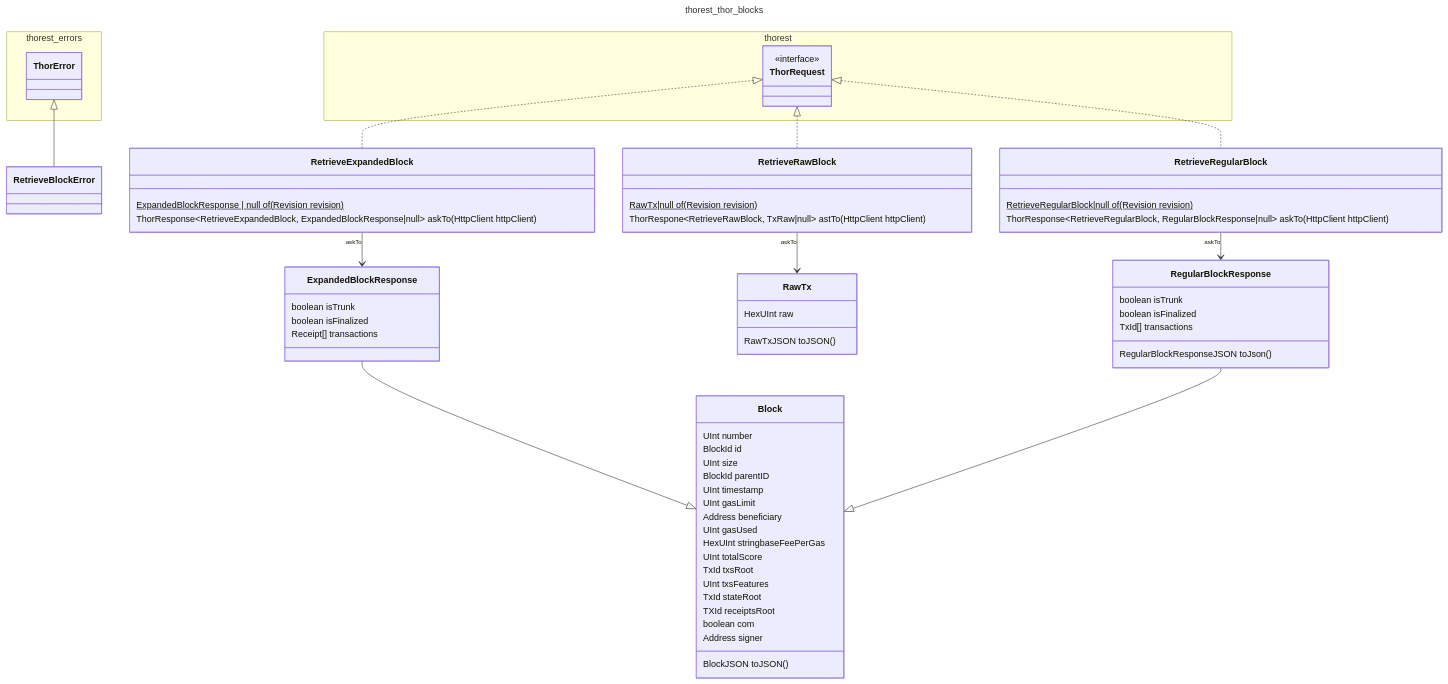
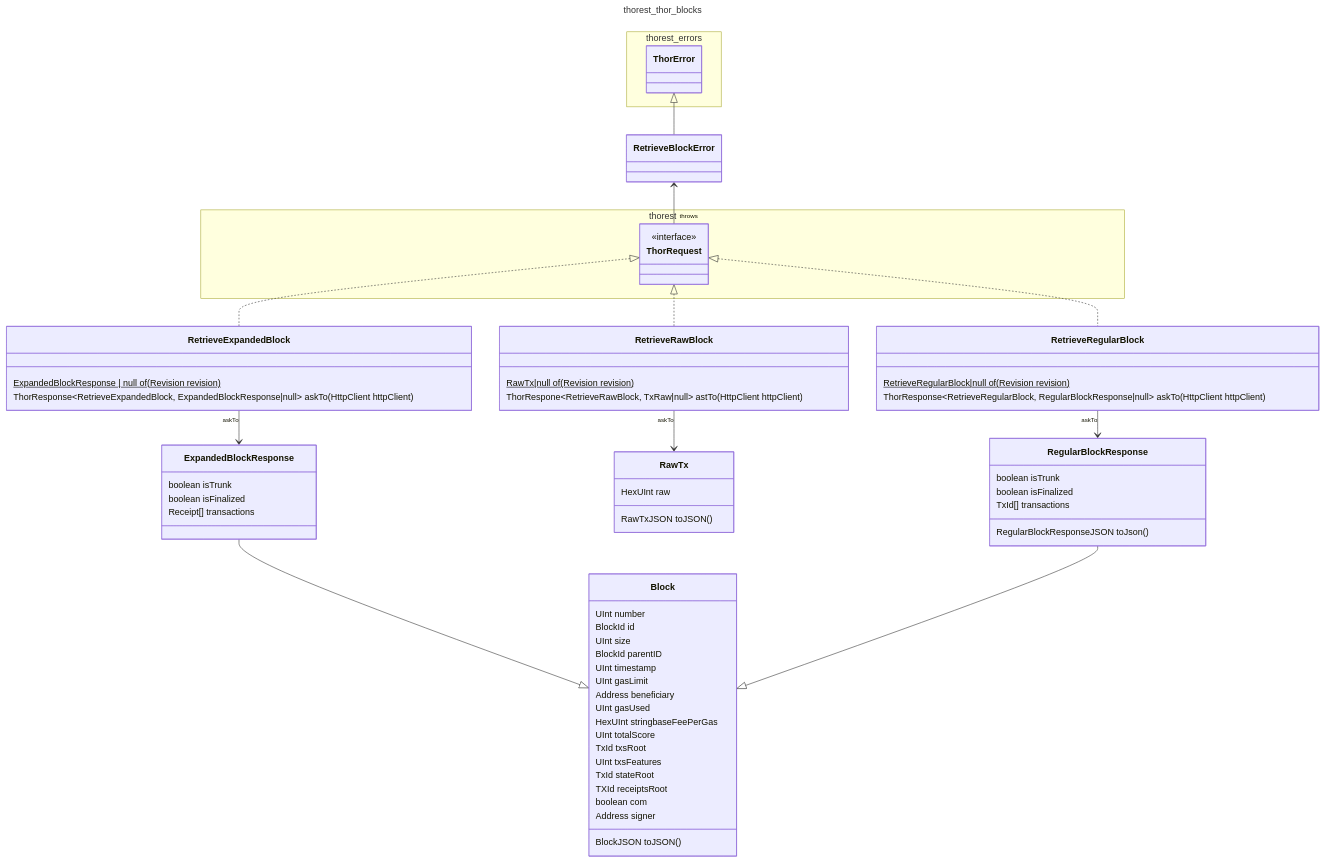
The diagram in docs/thorest/thor/blocks/blocks.mmd (vechain/vechain-sdk-js), drawn with Mermaid before and after one commit.

Commit message:
feat: 1857 galactica /blocks aligned

```diff
--- a/docs/thorest/thor/blocks/blocks.mmd
+++ b/docs/thorest/thor/blocks/blocks.mmd
@@ -1,75 +1,69 @@
 ---
 title: thorest_thor_blocks
 ---
 classDiagram
     namespace thorest {
         class ThorRequest {
             <<interface>>
         }
     }
     namespace thorest_errors {
         class ThorError
     }
     class Block {
         UInt number
         BlockId id
         UInt size
         BlockId parentID
         UInt timestamp
         UInt gasLimit
         Address beneficiary
         UInt gasUsed
         HexUInt stringbaseFeePerGas
         UInt totalScore
         TxId txsRoot
         UInt txsFeatures
         TxId stateRoot
         TXId receiptsRoot
         boolean com
         Address signer
         BlockJSON toJSON()
     }
     class ExpandedBlockResponse {
         boolean isTrunk
         boolean isFinalized
         Receipt[] transactions
     }
     class RawTx {
         HexUInt raw
         RawTxJSON toJSON()
     }
     class RetrieveBlockError
     class RegularBlockResponse {
         boolean isTrunk
         boolean isFinalized
         TxId[]  transactions
         RegularBlockResponseJSON toJson()
     }
     class RetrieveExpandedBlock {
         ExpandedBlockResponse | null of(Revision revision)$
         ThorResponse~RetrieveExpandedBlock, ExpandedBlockResponse|null~ askTo(HttpClient httpClient)
     }
     class RetrieveRawBlock {
         RawTx|null of(Revision revision)$
         ThorRespone~RetrieveRawBlock, TxRaw|null~ astTo(HttpClient httpClient)
     }
     class RetrieveRegularBlock {
         RetrieveRegularBlock|null of(Revision revision)$
         ThorResponse~RetrieveRegularBlock, RegularBlockResponse|null~ askTo(HttpClient httpClient)
     }
     ThorError <|-- RetrieveBlockError
     ThorRequest <|.. RetrieveExpandedBlock
     ThorRequest <|.. RetrieveRawBlock
     ThorRequest <|.. RetrieveRegularBlock
     ExpandedBlockResponse --|> Block
     RegularBlockResponse --|> Block
-%%    RetrieveBlockError --|> ThorError
     RetrieveExpandedBlock "askTo" --> ExpandedBlockResponse
-%%    RetrieveExpandedBlock "throws" --> RetrieveBlockError
     RetrieveRawBlock "askTo" --> RawTx
-%%    RetrieveRawBlock "throws" --> RetrieveBlockError
     RetrieveRegularBlock "askTo" --> RegularBlockResponse
-%%    RetrieveRegularBlock "throws" --> RetrieveBlockError
-%%    RetrieveBlockError <-- "throws" RetrieveExpandedBlock
-%%    RetrieveBlockError <-- "throws" RetrieveRawBlock
-%%    RetrieveBlockError <-- "throws" RetrieveRegularBlock
+    RetrieveBlockError <-- "throws" ThorRequest
```
